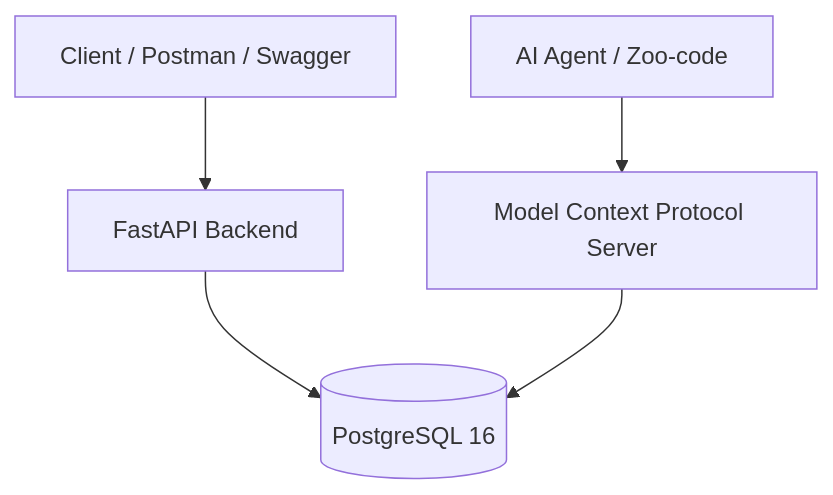
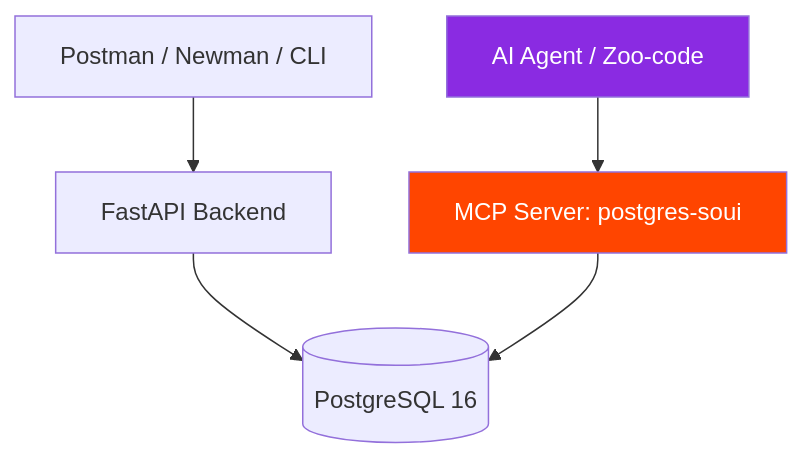
The diagram in README.md (stasmeh/soui-qa-automation-hub), drawn with Mermaid before and after one commit. The commit also changed other lines of this file, not shown here.

````diff
--- a/README.md
+++ b/README.md
@@ -19,7 +20,9 @@
 ```mermaid
 graph TD
-    Client[Client / Postman / Swagger] --> API[FastAPI Backend]
+    Client[Postman / Newman / CLI] --> API[FastAPI Backend]
     API --> DB[(PostgreSQL 16)]
-    Agent[AI Agent / Zoo-code] --> MCP[Model Context Protocol Server]
+    Agent[AI Agent / Zoo-code] --> MCP[MCP Server: postgres-soui]
     MCP --> DB
+    style Agent fill:#8A2BE2,color:#fff
+    style MCP fill:#FF4500,color:#fff
 ```
````
